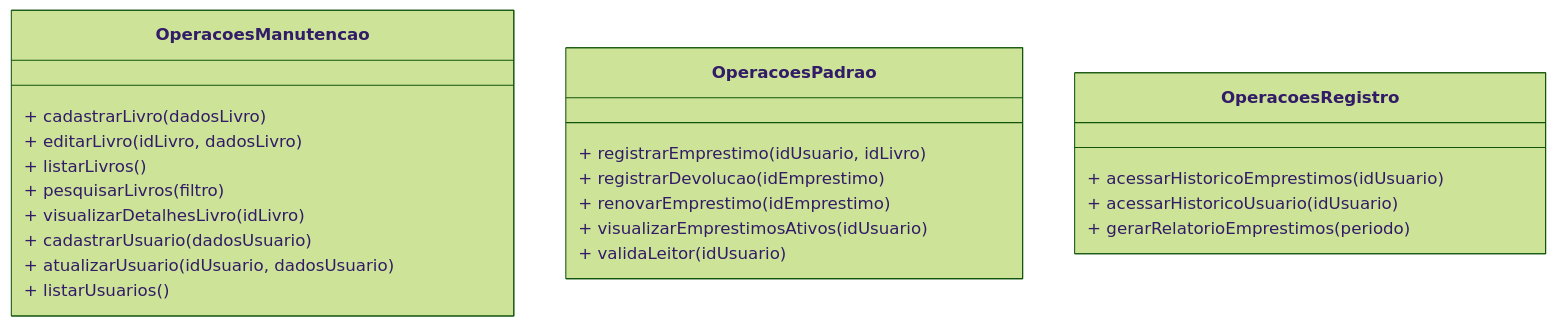
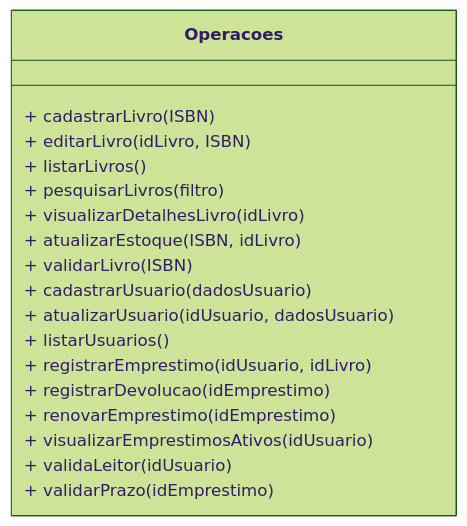
Before and after one commit to Marcela1204/CC7532_Bibliomania: the first of 2 diagrams in lab3/diagrama_componentes_software.md, drawn with Mermaid (forest theme). The commit also changed other lines of this file, not shown here.

Commit message:
alterações diagrama de interfaces

````diff
--- a/lab3/diagrama_componentes_software.md
+++ b/lab3/diagrama_componentes_software.md
@@ -65,27 +65,21 @@
 ```mermaid
 classDiagram
-    class OperacoesManutencao {
-        + cadastrarLivro(dadosLivro)
-        + editarLivro(idLivro, dadosLivro)
+    class Operacoes{
+        + cadastrarLivro(ISBN)
+        + editarLivro(idLivro, ISBN)
         + listarLivros()
         + pesquisarLivros(filtro)
         + visualizarDetalhesLivro(idLivro)
+        + atualizarEstoque(ISBN, idLivro)
+        + validarLivro(ISBN)
         + cadastrarUsuario(dadosUsuario)
         + atualizarUsuario(idUsuario, dadosUsuario)
         + listarUsuarios()
-    }
-
-    class OperacoesPadrao {
         + registrarEmprestimo(idUsuario, idLivro)
         + registrarDevolucao(idEmprestimo)
         + renovarEmprestimo(idEmprestimo)
         + visualizarEmprestimosAtivos(idUsuario)
         + validaLeitor(idUsuario)
-    }
-
-    class OperacoesRegistro {
-        + acessarHistoricoEmprestimos(idUsuario)
-        + acessarHistoricoUsuario(idUsuario)
-        + gerarRelatorioEmprestimos(periodo)
+        + validarPrazo(idEmprestimo)
     }
 ```
````
